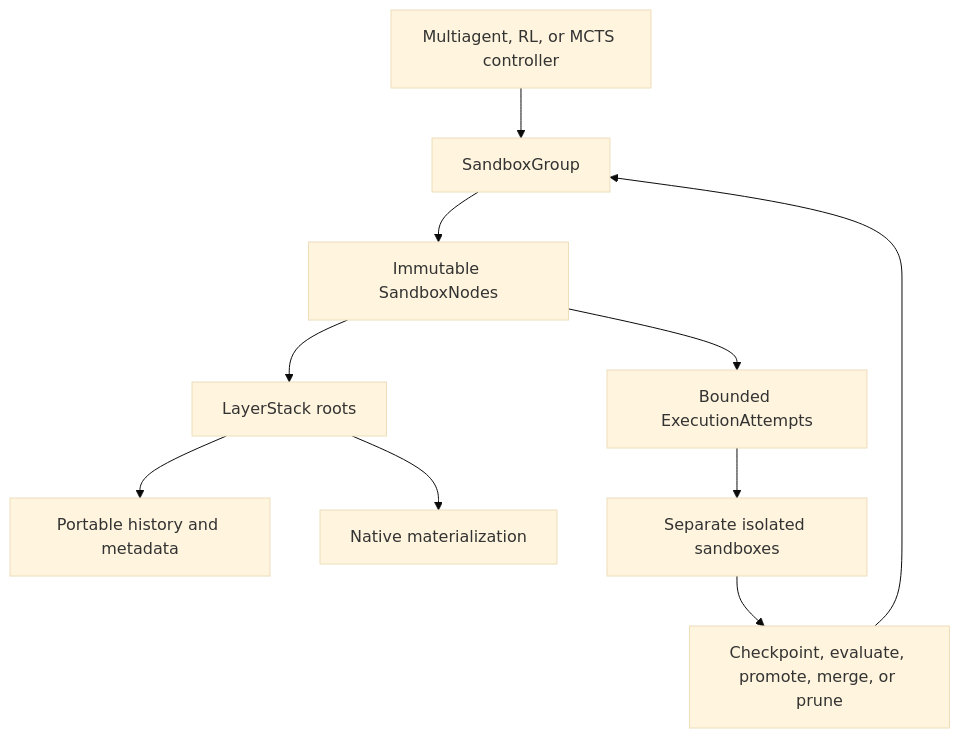
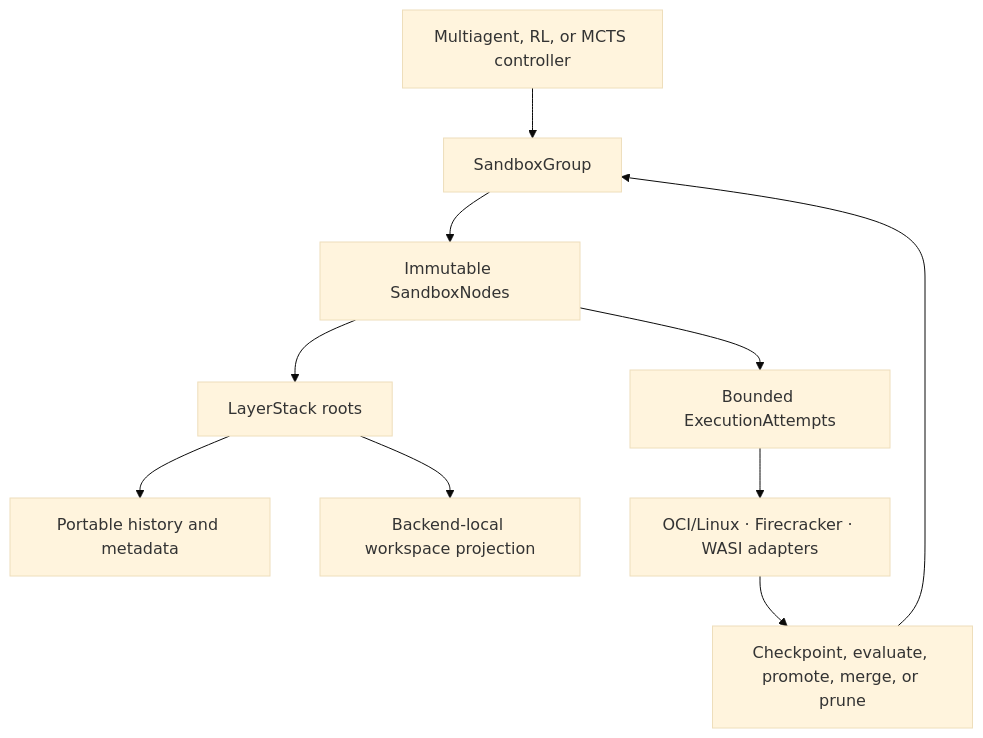
The diagram in implementation-plan/2.0 migration/index.md (Ephemeral-AI-Lab/ephemeral-sandbox-docs), drawn with Mermaid (base theme) before and after one commit. The commit also changed other lines of this file and 34 other files, not shown here.

````diff
--- a/implementation-plan/2.0 migration/index.md
+++ b/implementation-plan/2.0 migration/index.md
@@ -29,12 +32,12 @@
 ```mermaid
 flowchart TB
     C["Multiagent, RL, or MCTS controller"] --> G["SandboxGroup"]
     G --> N["Immutable SandboxNodes"]
     N --> S["LayerStack roots"]
     S --> H["Portable history and metadata"]
-    S --> A["Native materialization"]
+    S --> A["Backend-local workspace projection"]
     N --> E["Bounded ExecutionAttempts"]
-    E --> O["Separate isolated sandboxes"]
+    E --> O["OCI/Linux · Firecracker · WASI adapters"]
     O --> R["Checkpoint, evaluate, promote, merge, or prune"]
     R --> G
 ```
````
